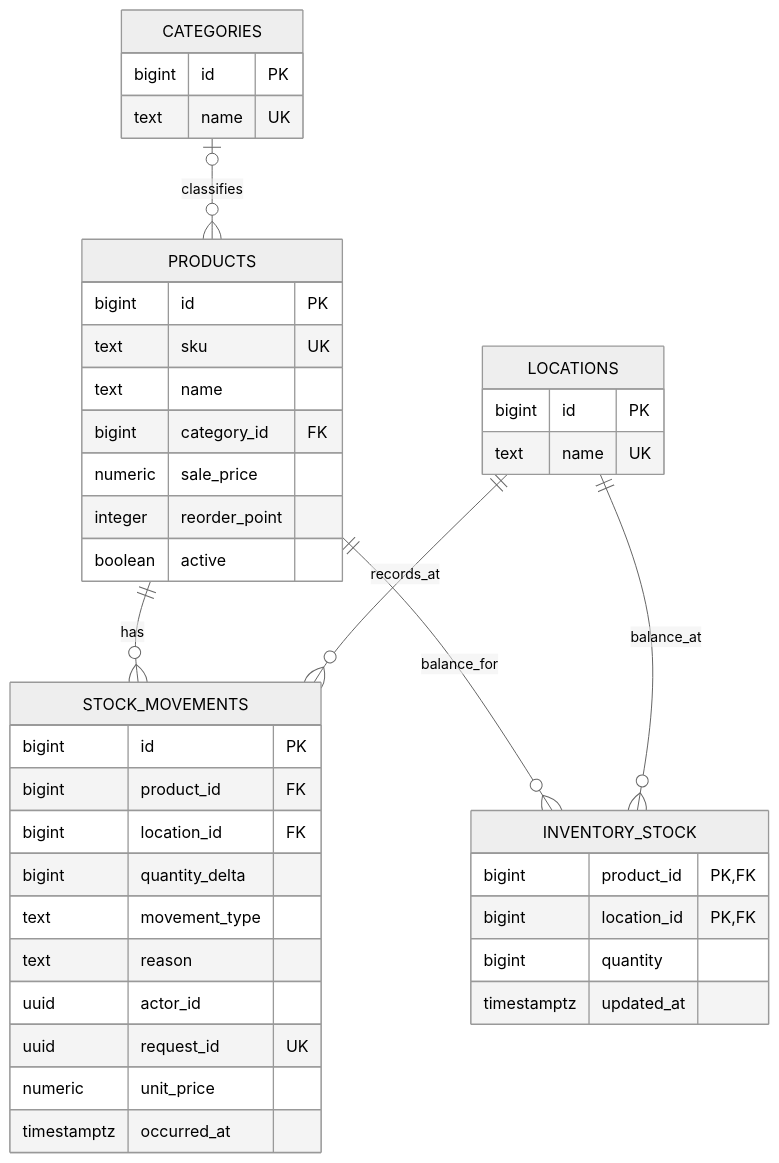
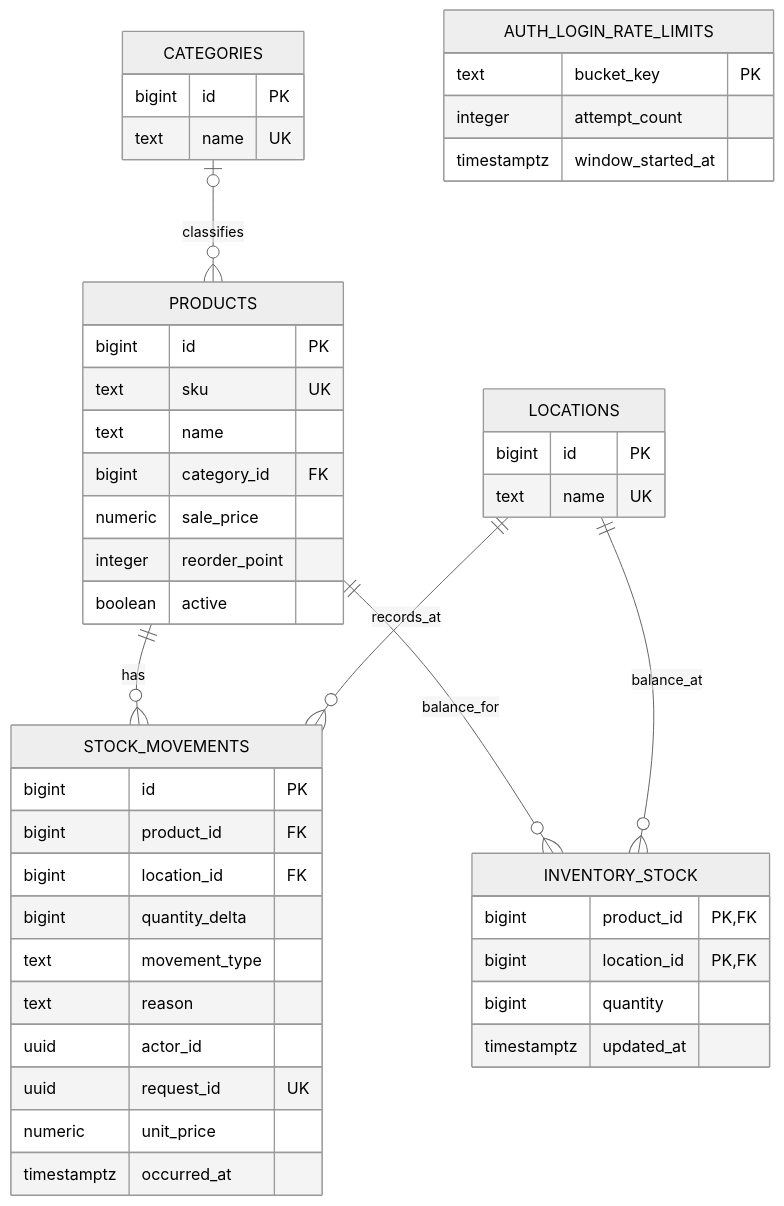
The first of 2 diagrams in docs/ARCHITECTURE.md (sysinfo7/Inventory_System), drawn with Mermaid (neutral theme) before and after one commit. The commit also changed other lines of this file and 18 other files, not shown here.

````diff
--- a/docs/ARCHITECTURE.md
+++ b/docs/ARCHITECTURE.md
@@ -15,43 +15,48 @@
 ```mermaid
 erDiagram
     CATEGORIES o|--o{ PRODUCTS : classifies
     PRODUCTS ||--o{ STOCK_MOVEMENTS : has
     LOCATIONS ||--o{ STOCK_MOVEMENTS : records_at
     PRODUCTS ||--o{ INVENTORY_STOCK : balance_for
     LOCATIONS ||--o{ INVENTORY_STOCK : balance_at
     PRODUCTS {
         bigint id PK
         text sku UK
         text name
         bigint category_id FK
         numeric sale_price
         integer reorder_point
         boolean active
     }
     CATEGORIES {
         bigint id PK
         text name UK
     }
     LOCATIONS {
         bigint id PK
         text name UK
     }
     STOCK_MOVEMENTS {
         bigint id PK
         bigint product_id FK
         bigint location_id FK
         bigint quantity_delta
         text movement_type
         text reason
         uuid actor_id
         uuid request_id UK
         numeric unit_price
         timestamptz occurred_at
     }
     INVENTORY_STOCK {
         bigint product_id PK, FK
         bigint location_id PK, FK
         bigint quantity
         timestamptz updated_at
     }
+    AUTH_LOGIN_RATE_LIMITS {
+        text bucket_key PK
+        integer attempt_count
+        timestamptz window_started_at
+    }
 ```
````
